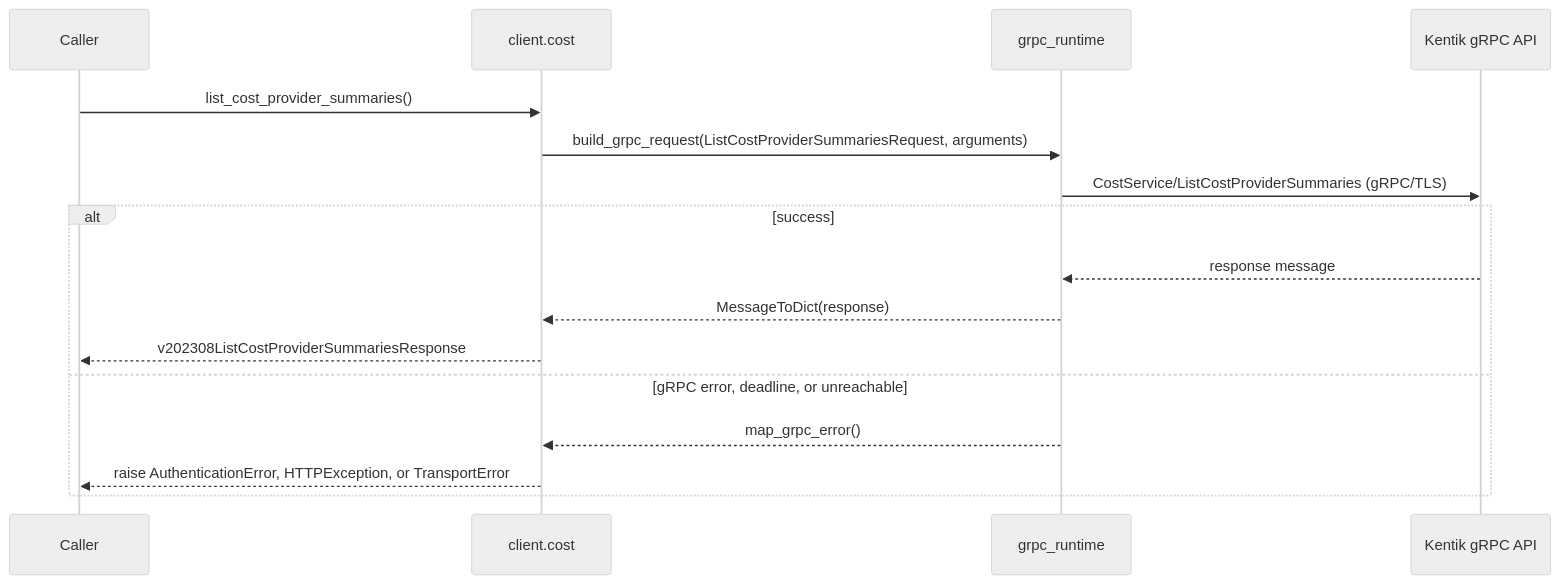
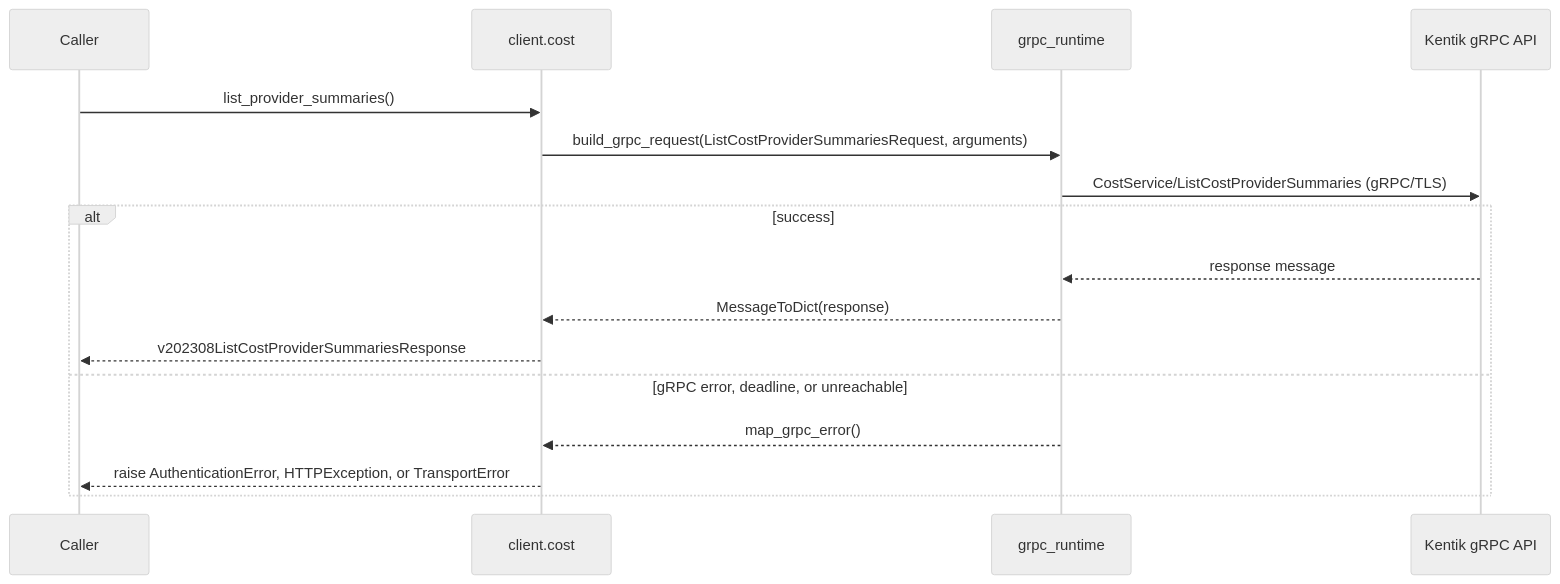
Before and after one commit to alexdearaujo/community_sdk_python: the fifth of 8 diagrams in docs/sphinx/services/cost.md, drawn with Mermaid (neutral theme). The commit also changed other lines of this file and 28 other files, not shown here.

````diff
--- a/docs/sphinx/services/cost.md
+++ b/docs/sphinx/services/cost.md
@@ -127,19 +127,19 @@
 ```mermaid
 sequenceDiagram
     participant C as Caller
     participant W as client.cost
     participant R as grpc_runtime
     participant API as Kentik gRPC API
 
-    C->>W: list_cost_provider_summaries()
+    C->>W: list_provider_summaries()
     W->>R: build_grpc_request(ListCostProviderSummariesRequest, arguments)
     R->>API: CostService/ListCostProviderSummaries (gRPC/TLS)
     alt success
         API-->>R: response message
         R-->>W: MessageToDict(response)
         W-->>C: v202308ListCostProviderSummariesResponse
     else gRPC error, deadline, or unreachable
         R-->>W: map_grpc_error()
         W-->>C: raise AuthenticationError, HTTPException, or TransportError
     end
 ```
````
